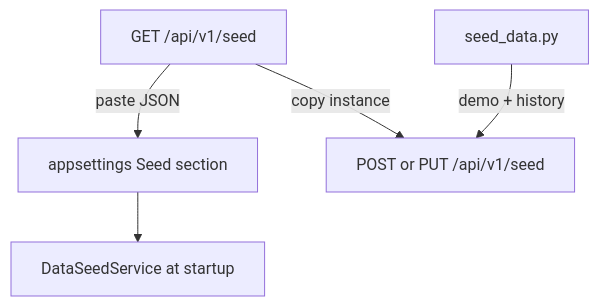
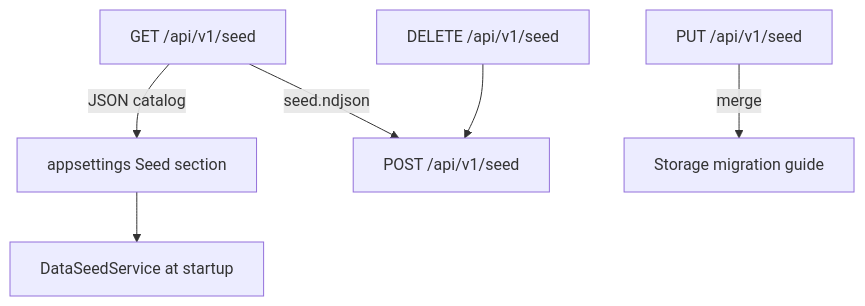
One commit to ShaharMS/ClientManager changed the diagram in docs/core/seed-system.md. Above: the diagram before and after it, drawn with Mermaid. The commit also changed other lines of this file and 15 other files, not shown here.

First line of the commit message:
feat(seed): statistics migration via NDJSON stream and DELETE wipe

````diff
--- a/docs/core/seed-system.md
+++ b/docs/core/seed-system.md
@@ -15,13 +15,16 @@
 ```mermaid
 flowchart TD
   export["GET /api/v1/seed"]
+  delete["DELETE /api/v1/seed"]
+  post["POST /api/v1/seed"]
+  put["PUT /api/v1/seed"]
   appsettings["appsettings Seed section"]
-  runtimeImport["POST or PUT /api/v1/seed"]
   startup["DataSeedService at startup"]
-  script["seed_data.py"]
+  migrate["Storage migration guide"]
 
-  export -->|"paste JSON"| appsettings
-  export -->|"copy instance"| runtimeImport
+  export -->|"JSON catalog"| appsettings
+  export -->|"seed.ndjson"| post
+  delete --> post
+  put -->|"merge"| migrate
   appsettings --> startup
-  script -->|"demo + history"| runtimeImport
 ```
````
